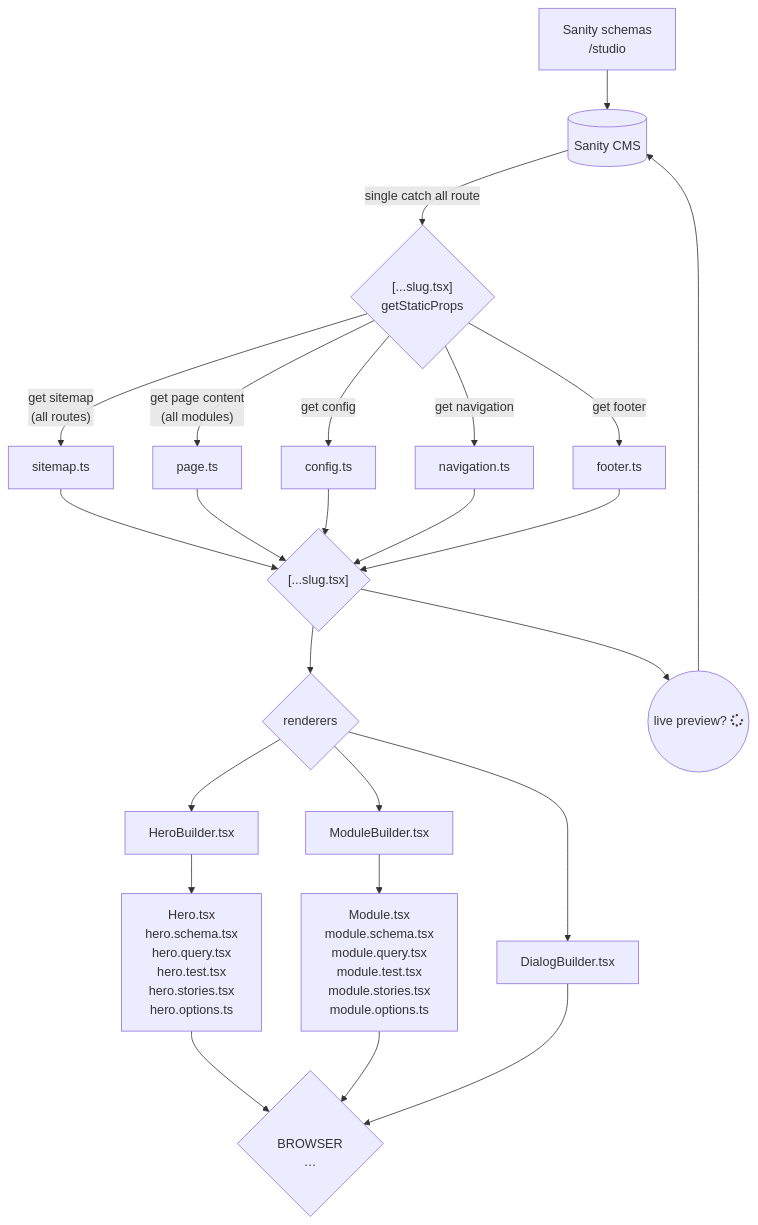
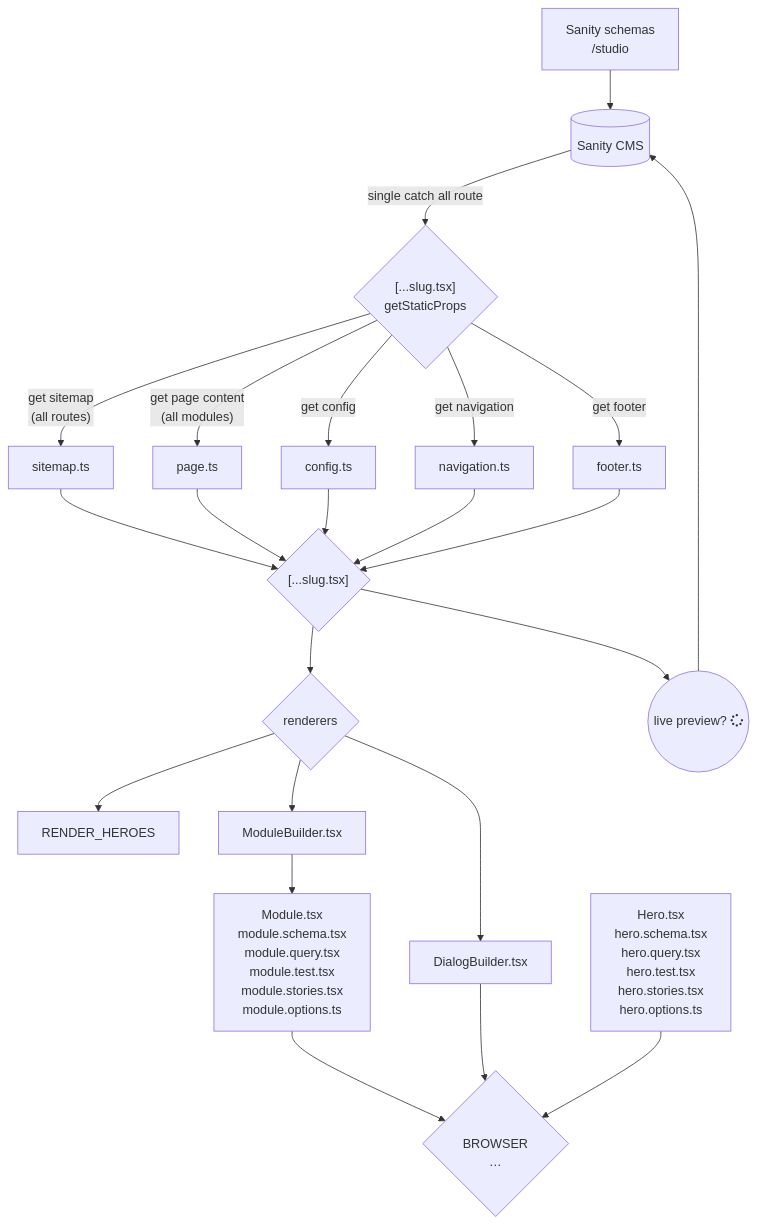
One commit to Mawla/Agency-Starter-Framework changed the diagram in README.md. Above: the diagram before and after it, drawn with Mermaid. The commit also changed 17 other files, not shown here.

````diff
--- a/README.md
+++ b/README.md
@@ -33,28 +33,27 @@
 ```mermaid
 graph TD
     SCHEMAS["Sanity schemas<br>/studio"]-->CMS
     CMS[(Sanity CMS)]-->|single catch all route|DATA{"[...slug.tsx] <br>getStaticProps"}
     PREVIEW_MODE((live preview? fa:fa-spinner))--->CMS
 
     DATA -->|"get sitemap<br>(all routes)"| QUERY_SITEMAP[sitemap.ts]-->CATCH_ALL_RENDER
     DATA -->|"get page content<br>(all modules)"| QUERY_PAGE[page.ts]-->CATCH_ALL_RENDER
     DATA -->|get config| QUERY_CONFIG[config.ts]-->CATCH_ALL_RENDER
     DATA -->|get navigation| QUERY_NAV[navigation.ts] -->CATCH_ALL_RENDER
     DATA -->|get footer| QUERY_FOOTER[footer.ts] -->CATCH_ALL_RENDER
 
     CATCH_ALL_RENDER{"[...slug.tsx]"} -->RENDER
     CATCH_ALL_RENDER-->PREVIEW_MODE
 
     RENDER{renderers} -->RENDER_HEROES
     RENDER -->RENDER_MODULES
     RENDER -->RENDER_DIALOGS
 
-    RENDER_HEROES[HeroBuilder.tsx]-->HERO
     RENDER_MODULES[ModuleBuilder.tsx]-->MODULE
     RENDER_DIALOGS[DialogBuilder.tsx]-->PAGE
 
     HERO[Hero.tsx<br>hero.schema.tsx<br>hero.query.tsx<br>hero.test.tsx<br>hero.stories.tsx<br>hero.options.ts]-->PAGE
     MODULE[Module.tsx<br>module.schema.tsx<br>module.query.tsx<br>module.test.tsx<br>module.stories.tsx<br>module.options.ts]-->PAGE
 
     PAGE{"<br>BROWSER<br>…"}
 ```
````
